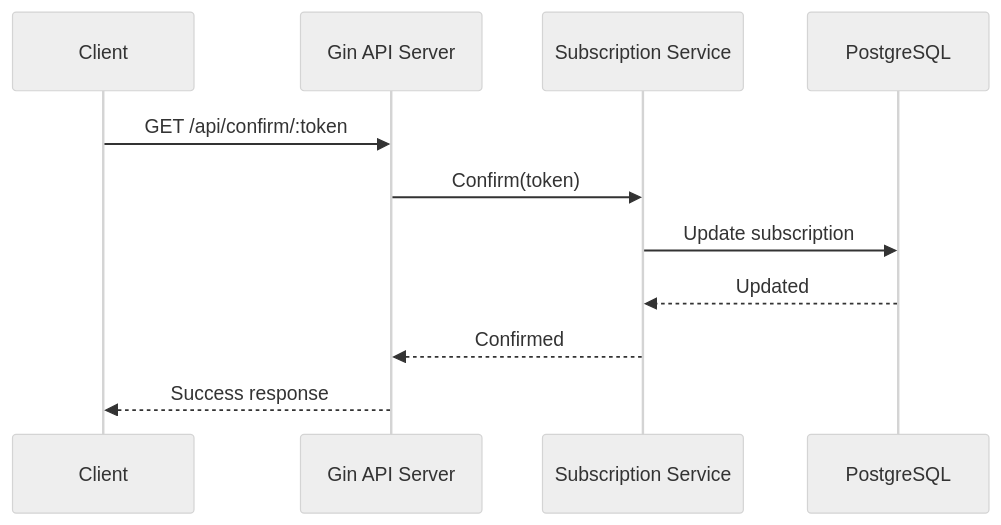
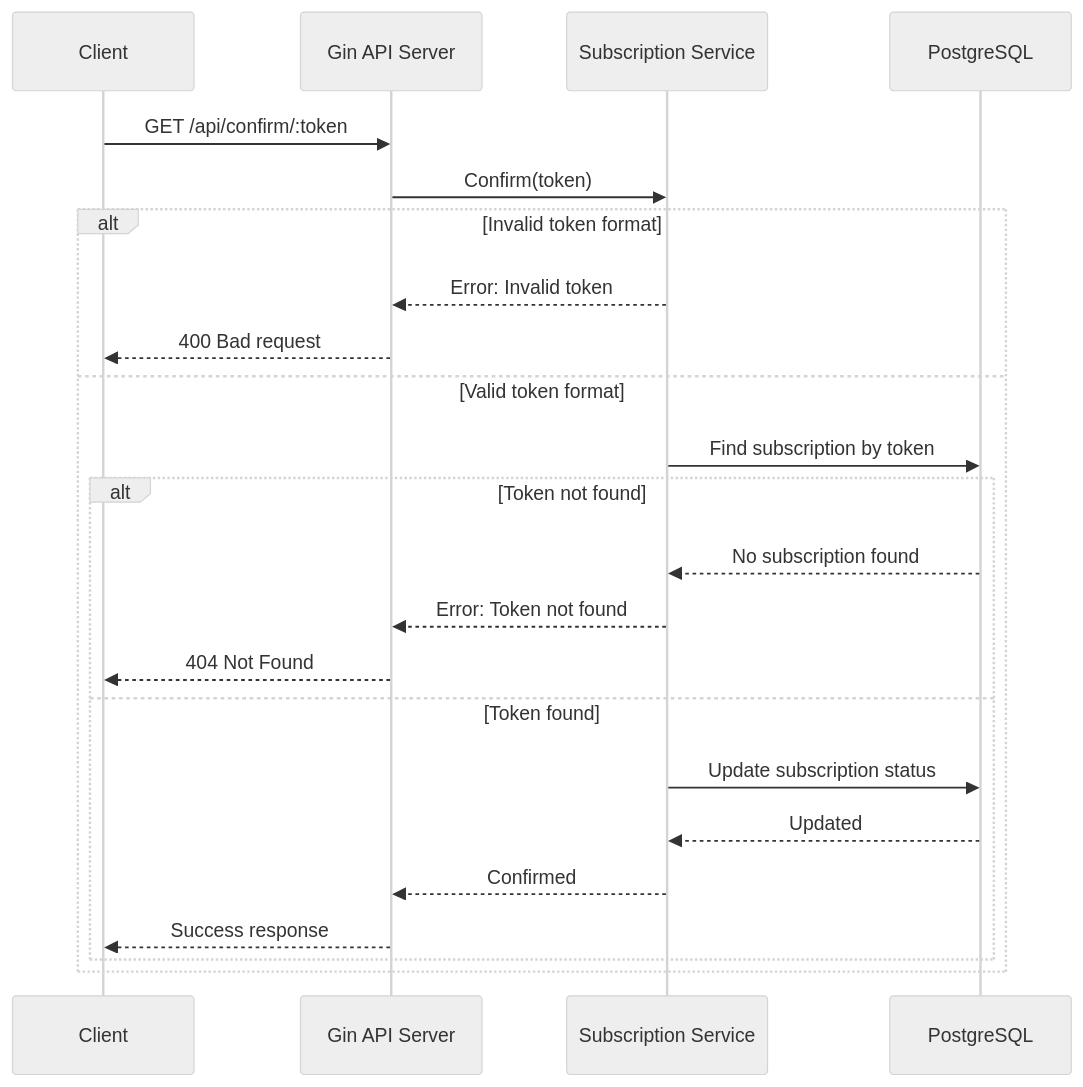
Before and after one commit to GenesisEducationKyiv/software-engineering-school-5-0-YuliiaAndreieva: the fourth of 5 diagrams in docs/system-design.md, drawn with Mermaid (neutral theme). The commit also changed other lines of this file, not shown here.

Commit message:
feat: updated diagrams in system design doc

````diff
--- a/docs/system-design.md
+++ b/docs/system-design.md
@@ -149,14 +179,28 @@
 ```mermaid
 sequenceDiagram
     participant Client
     participant API as Gin API Server
     participant SS as Subscription Service
     participant DB as PostgreSQL
 
     Client->>API: GET /api/confirm/:token
     API->>SS: Confirm(token)
-    SS->>DB: Update subscription
-    DB-->>SS: Updated
-    SS-->>API: Confirmed
-    API-->>Client: Success response
+    
+    alt Invalid token format
+        SS-->>API: Error: Invalid token
+        API-->>Client: 400 Bad request
+    else Valid token format
+        SS->>DB: Find subscription by token
+        
+        alt Token not found
+            DB-->>SS: No subscription found
+            SS-->>API: Error: Token not found
+            API-->>Client: 404 Not Found
+        else Token found
+            SS->>DB: Update subscription status
+            DB-->>SS: Updated
+            SS-->>API: Confirmed
+            API-->>Client: Success response
+        end
+    end
 ```
````
